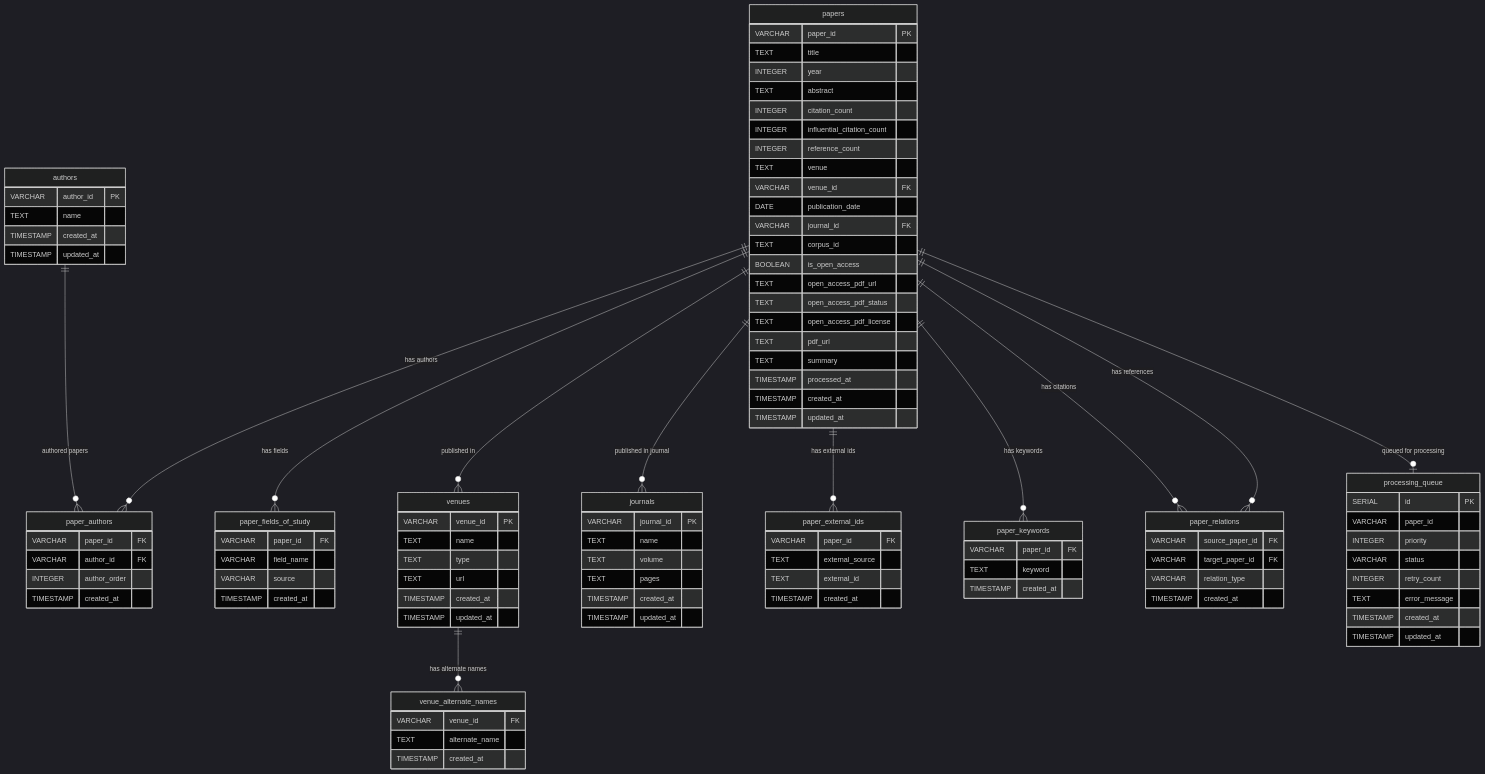
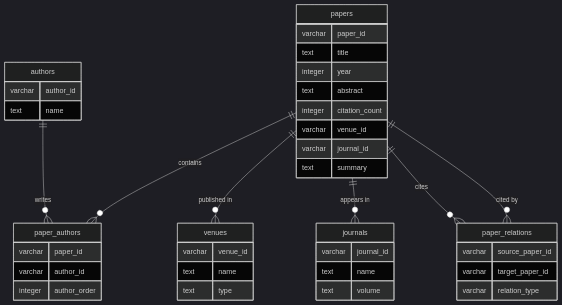
One commit to tsuji-tomonori/ref-net changed the first of 2 diagrams in docs/spec/table/postgresql_tables.md. Above: the diagram before and after it, drawn with Mermaid (dark theme). The commit also changed other lines of this file, not shown here.

Commit message:
fix(docs): MermaidのER図を2つに分割してGitHubレンダリング対応
- 複雑な11テーブルER図を「メインエンティティ関係図」と「詳細属性テーブル」に分割
- GitHubのMermaidレンダリング制限に対応
- カラム定義を簡潔化してレンダリングツリーの複雑さを軽減
- 主要なリレーションシップを視覚的に分かりやすく整理

🤖 Generated with [Claude Code](https://claude.ai/code)

````diff
--- a/docs/spec/table/postgresql_tables.md
+++ b/docs/spec/table/postgresql_tables.md
@@ -5,114 +7,49 @@
 ```mermaid
 erDiagram
     papers {
-        VARCHAR paper_id PK
-        TEXT title
-        INTEGER year
-        TEXT abstract
-        INTEGER citation_count
-        INTEGER influential_citation_count
-        INTEGER reference_count
-        TEXT venue
-        VARCHAR venue_id FK
-        DATE publication_date
-        VARCHAR journal_id FK
-        TEXT corpus_id
-        BOOLEAN is_open_access
-        TEXT open_access_pdf_url
-        TEXT open_access_pdf_status
-        TEXT open_access_pdf_license
-        TEXT pdf_url
-        TEXT summary
-        TIMESTAMP processed_at
-        TIMESTAMP created_at
-        TIMESTAMP updated_at
+        varchar paper_id
+        text title
+        integer year
+        text abstract
+        integer citation_count
+        varchar venue_id
+        varchar journal_id
+        text summary
     }
-
+    
+    authors {
+        varchar author_id
+        text name
+    }
+    
+    venues {
+        varchar venue_id
+        text name
+        text type
+    }
+    
+    journals {
+        varchar journal_id
+        text name
+        text volume
+    }
+    
     paper_authors {
-        VARCHAR paper_id FK
-        VARCHAR author_id FK
-        INTEGER author_order
-        TIMESTAMP created_at
+        varchar paper_id
+        varchar author_id
+        integer author_order
     }
-
-    authors {
-        VARCHAR author_id PK
-        TEXT name
-        TIMESTAMP created_at
-        TIMESTAMP updated_at
+    
+    paper_relations {
+        varchar source_paper_id
+        varchar target_paper_id
+        varchar relation_type
     }
-
-    paper_fields_of_study {
-        VARCHAR paper_id FK
-        VARCHAR field_name
-        VARCHAR source
-        TIMESTAMP created_at
-    }
-
-    venues {
-        VARCHAR venue_id PK
-        TEXT name
-        TEXT type
-        TEXT url
-        TIMESTAMP created_at
-        TIMESTAMP updated_at
-    }
-
-    venue_alternate_names {
-        VARCHAR venue_id FK
-        TEXT alternate_name
-        TIMESTAMP created_at
-    }
-
-    journals {
-        VARCHAR journal_id PK
-        TEXT name
-        TEXT volume
-        TEXT pages
-        TIMESTAMP created_at
-        TIMESTAMP updated_at
-    }
-
-    paper_external_ids {
-        VARCHAR paper_id FK
-        TEXT external_source
-        TEXT external_id
-        TIMESTAMP created_at
-    }
-
-    paper_keywords {
-        VARCHAR paper_id FK
-        TEXT keyword
-        TIMESTAMP created_at
-    }
-
-    paper_relations {
-        VARCHAR source_paper_id FK
-        VARCHAR target_paper_id FK
-        VARCHAR relation_type
-        TIMESTAMP created_at
-    }
-
-    processing_queue {
-        SERIAL id PK
-        VARCHAR paper_id
-        INTEGER priority
-        VARCHAR status
-        INTEGER retry_count
-        TEXT error_message
-        TIMESTAMP created_at
-        TIMESTAMP updated_at
-    }
-
-    papers ||--o{ paper_authors : "has authors"
-    authors ||--o{ paper_authors : "authored papers"
-    papers ||--o{ paper_fields_of_study : "has fields"
+    
+    papers ||--o{ paper_authors : contains
+    authors ||--o{ paper_authors : writes
     papers ||--o{ venues : "published in"
-    venues ||--o{ venue_alternate_names : "has alternate names"
-    papers ||--o{ journals : "published in journal"
-    papers ||--o{ paper_external_ids : "has external ids"
-    papers ||--o{ paper_keywords : "has keywords"
-    papers ||--o{ paper_relations : "has citations"
-    papers ||--o{ paper_relations : "has references"
-    papers ||--o| processing_queue : "queued for processing"
+    papers ||--o{ journals : "appears in"
+    papers ||--o{ paper_relations : cites
+    papers ||--o{ paper_relations : "cited by"
 ```
````
